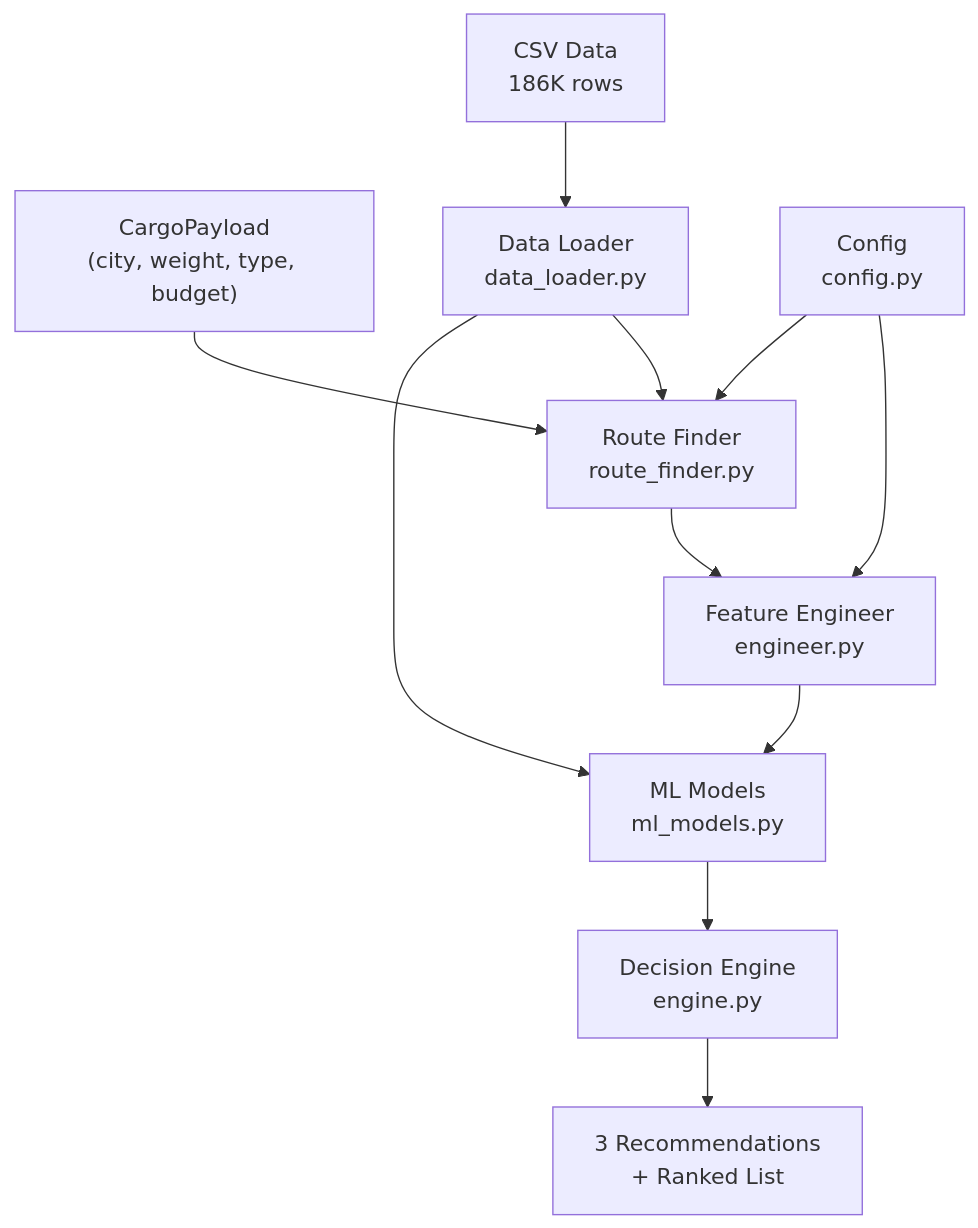
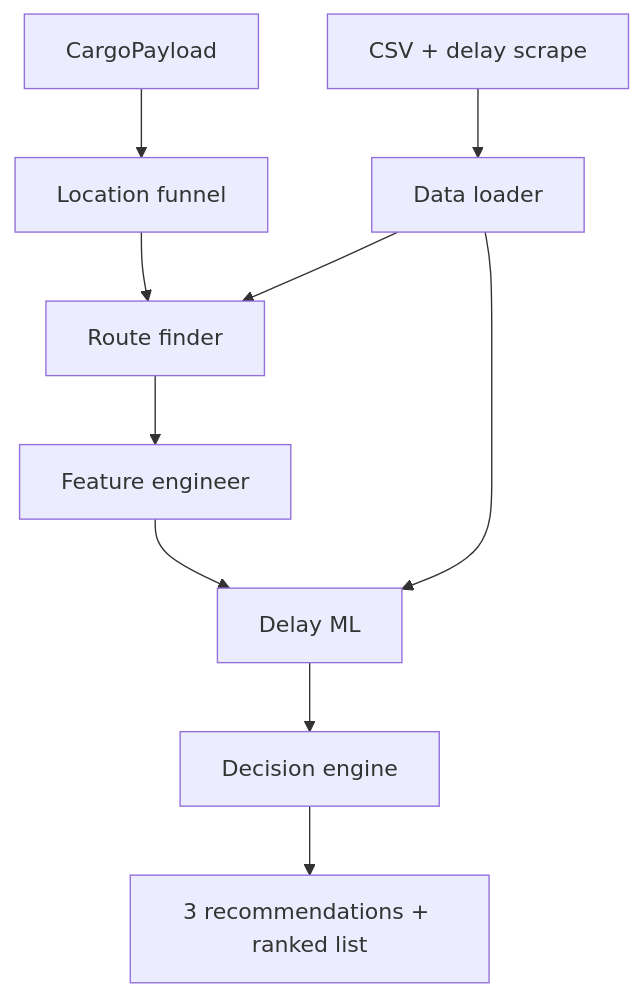
The diagram in backend/app/pipelines/rail/walkthrough.md (kvb1201/LogiFlow-Solution-Challenge-2026), drawn with Mermaid before and after one commit. The commit also changed other lines of this file and 15 other files, not shown here.

````diff
--- a/backend/app/pipelines/rail/walkthrough.md
+++ b/backend/app/pipelines/rail/walkthrough.md
@@ -9,15 +9,13 @@
 ```mermaid
 graph TD
-    A["CargoPayload<br/>(city, weight, type, budget)"] --> B["Route Finder<br/>route_finder.py"]
-    B --> C["Feature Engineer<br/>engineer.py"]
-    C --> D["ML Models<br/>ml_models.py"]
-    D --> E["Decision Engine<br/>engine.py"]
-    E --> F["3 Recommendations<br/>+ Ranked List"]
+    A["CargoPayload"] --> B["Location funnel"]
+    B --> C["Route finder"]
+    C --> D["Feature engineer"]
+    D --> E["Delay ML"]
+    E --> F["Decision engine"]
+    F --> G["3 recommendations + ranked list"]
 
-    G["CSV Data<br/>186K rows"] --> H["Data Loader<br/>data_loader.py"]
-    H --> B
-    H --> D
-
-    I["Config<br/>config.py"] --> C
-    I --> B
+    H["CSV + delay scrape"] --> I["Data loader"]
+    I --> C
+    I --> E
 ```
````
